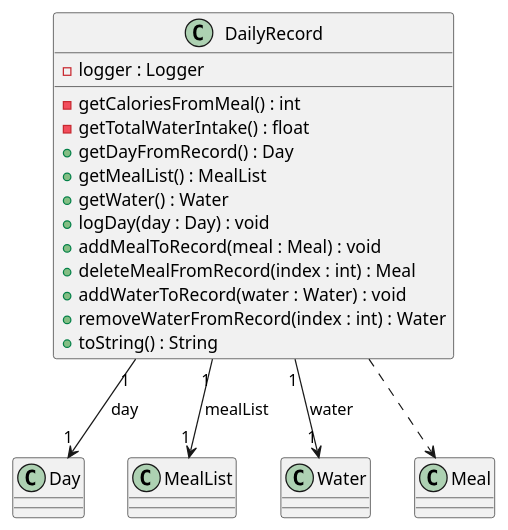
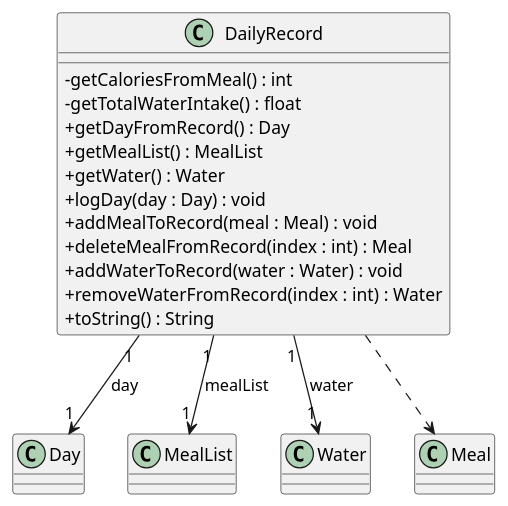
One commit to nus-cs2113-AY2425S1/tp changed the diagram in docs/diagrams/DailyRecordClass.puml. Above: the diagram before and after it, drawn with PlantUML. The commit also changed 25 other files, not shown here.

```diff
--- a/docs/diagrams/DailyRecordClass.puml
+++ b/docs/diagrams/DailyRecordClass.puml
@@ -1,29 +1,29 @@
 @startuml
+skinparam classAttributeIconSize 0
 
 class DailyRecord {
-    - logger : Logger
     - getCaloriesFromMeal() : int
     - getTotalWaterIntake() : float
     + getDayFromRecord() : Day
     + getMealList() : MealList
     + getWater() : Water
     + logDay(day : Day) : void
     + addMealToRecord(meal : Meal) : void
     + deleteMealFromRecord(index : int) : Meal
     + addWaterToRecord(water : Water) : void
     + removeWaterFromRecord(index : int) : Water
     + toString() : String
 }
 
 class Day
 class MealList
 class Water
 class Meal
 
 DailyRecord "1" --> "1" Day : day
 DailyRecord "1" --> "1" MealList : mealList
 DailyRecord "1" --> "1" Water : water
 
 DailyRecord ..> Meal
 
 @enduml
```
